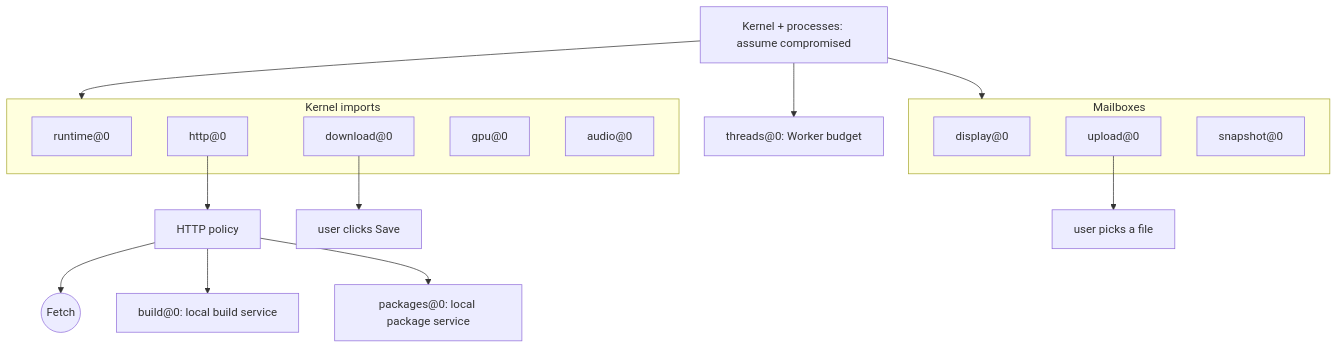
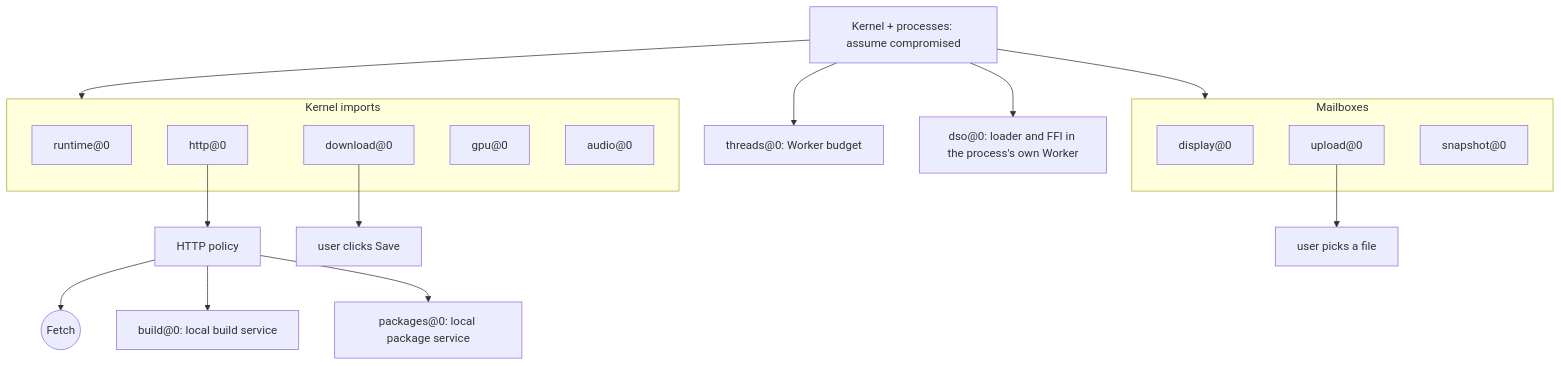
Before and after one commit to daugasauron/dolly: the diagram in docs/browser-boundary.md, drawn with Mermaid. The commit also changed other lines of this file and 71 other files, not shown here.

````diff
--- a/docs/browser-boundary.md
+++ b/docs/browser-boundary.md
@@ -13,26 +13,28 @@
 ```mermaid
 flowchart TB
   guest["Kernel + processes: assume compromised"]
   subgraph imports["Kernel imports"]
     rt["runtime@0"]
     http["http@0"]
     dl["download@0"]
     gpu["gpu@0"]
     au["audio@0"]
   end
   subgraph mailboxes["Mailboxes"]
     disp["display@0"]
     up["upload@0"]
     snap["snapshot@0"]
   end
   th["threads@0: Worker budget"]
+  dso["dso@0: loader and FFI in the process's own Worker"]
   guest --> imports
   guest --> mailboxes
   guest --> th
+  guest --> dso
   http --> policy["HTTP policy"]
   policy --> fetch(("Fetch"))
   policy --> build["build@0: local build service"]
   policy --> packages["packages@0: local package service"]
   dl --> save["user clicks Save"]
   up --> picker["user picks a file"]
 ```
````
